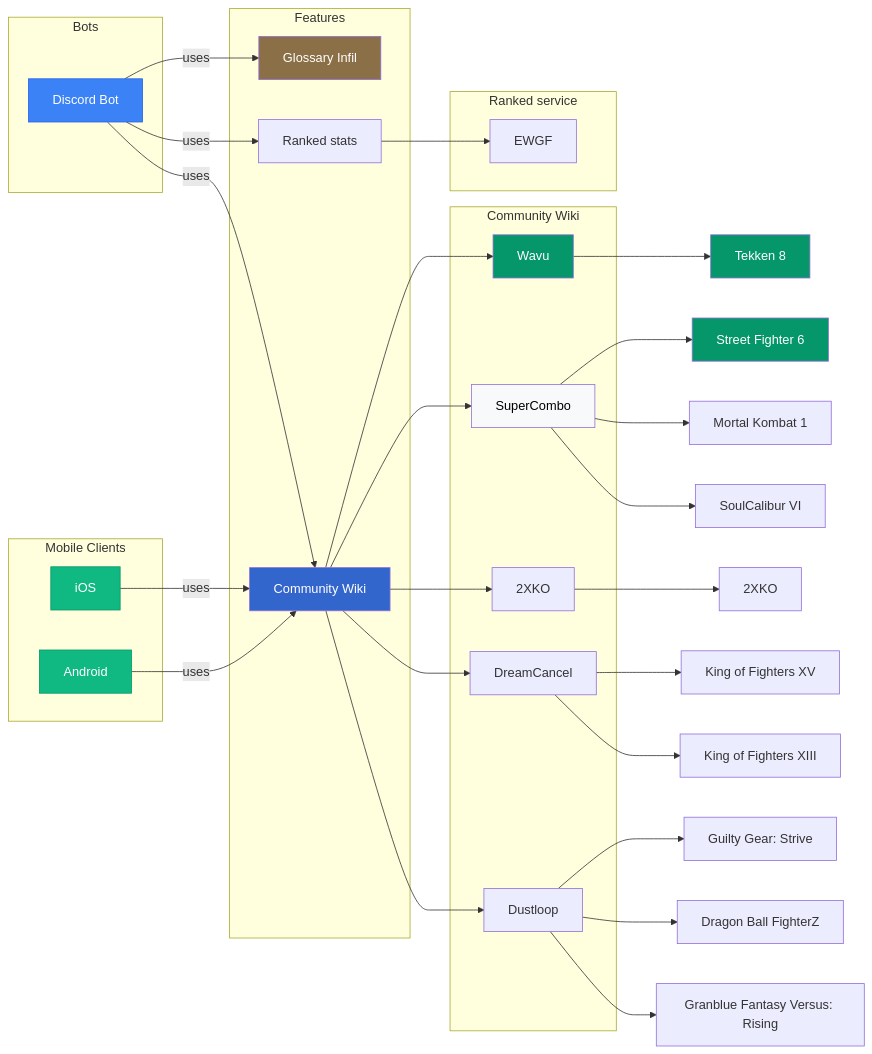
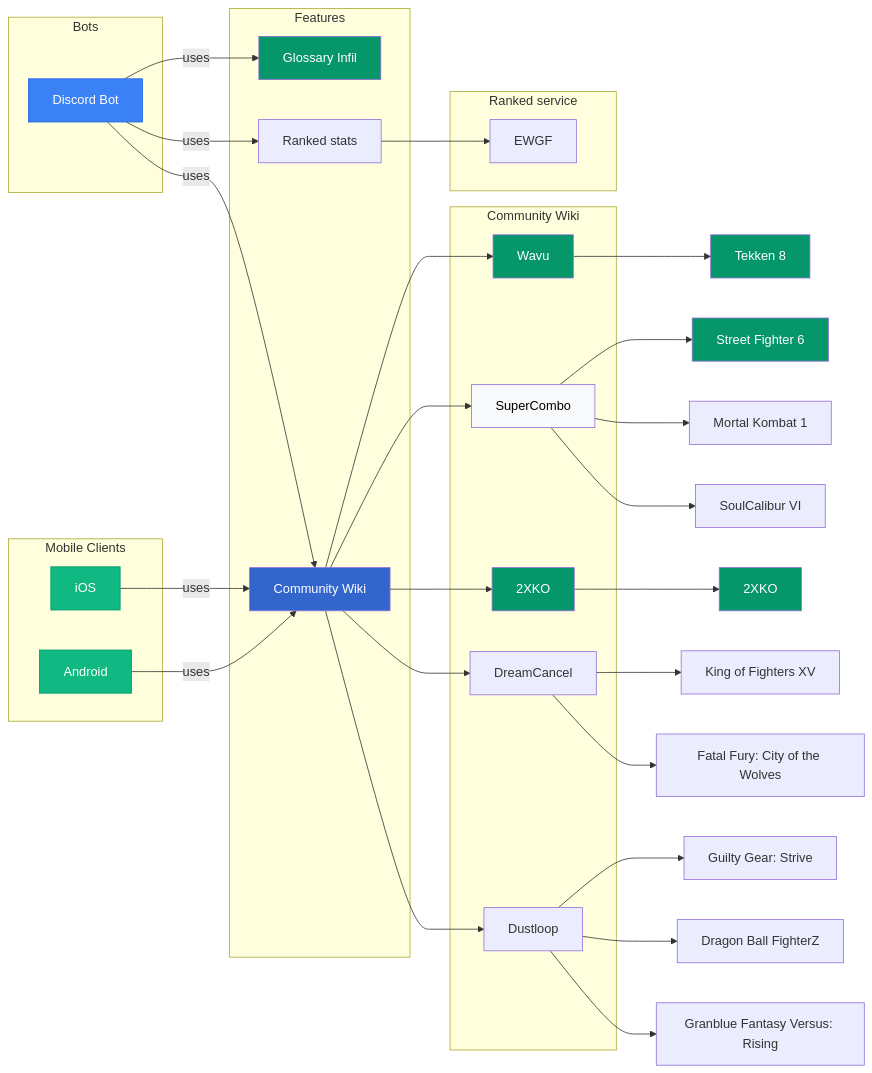
Before and after one commit to Sophon/FightingNerd: the diagram in mermaid/modules.mmd, drawn with Mermaid. The commit also changed 40 other files, not shown here.

```diff
--- a/mermaid/modules.mmd
+++ b/mermaid/modules.mmd
@@ -1,64 +1,66 @@
 graph LR
     subgraph Bots
         discordBot[Discord Bot]
     end
 
     subgraph "Mobile Clients"
         android[Android]
         iOS[iOS]
     end
 
     subgraph Features
         glossaryInfil[Glossary Infil]
         communityWiki[Community Wiki]
         elo[Ranked stats]
     end
 
     subgraph Community Wiki
         wikiWavu[Wavu]
         supercombo[SuperCombo]
         2xko[2XKO]
         dustloop[Dustloop]
         dreamcancel[DreamCancel]
     end
 
     subgraph Ranked service
         ewgf[EWGF]
     end
 
     android -->|uses| communityWiki
     iOS -->|uses| communityWiki
 
     discordBot -->|uses| glossaryInfil
     discordBot -->|uses| communityWiki
     discordBot -->|uses| elo
 
     communityWiki --> wikiWavu
     communityWiki --> supercombo
     communityWiki --> 2xko
     communityWiki --> dreamcancel
     communityWiki --> dustloop
 
     elo --> ewgf
 
     wikiWavu --> t8[Tekken 8]
     supercombo --> sf6[Street Fighter 6]
     supercombo --> mk1[Mortal Kombat 1]
     supercombo --> sc6[SoulCalibur VI]
     dustloop --> ggst[Guilty Gear: Strive]
     dustloop --> dbfz[Dragon Ball FighterZ]
     dustloop --> gbvsr[Granblue Fantasy Versus: Rising]
     2xko --> xko[2XKO]
     dreamcancel --> kof15[King of Fighters XV]
-    dreamcancel --> kof13[King of Fighters XIII]
+    dreamcancel --> cotw[Fatal Fury: City of the Wolves]
 
 
     style discordBot fill:#3B82F6,stroke:#2563EB,color:#fff
     style android fill:#10B981,stroke:#059669,color:#fff
     style iOS fill:#10B981,stroke:#059669,color:#fff
-    style glossaryInfil fill:#8B6F47,color:#fff
+    style glossaryInfil fill:#059669,color:#fff
     style communityWiki fill:#3366CC,color:#fff
     style wikiWavu fill:#059669,color:#fff
     style supercombo fill:#F8F9FA,color:#000000
+    style 2xko fill:#059669,color:#fff
     style t8 fill:#059669, color:#fff
     style sf6 fill:#059669, color:#fff
+    style xko fill:#059669, color:#fff
```
